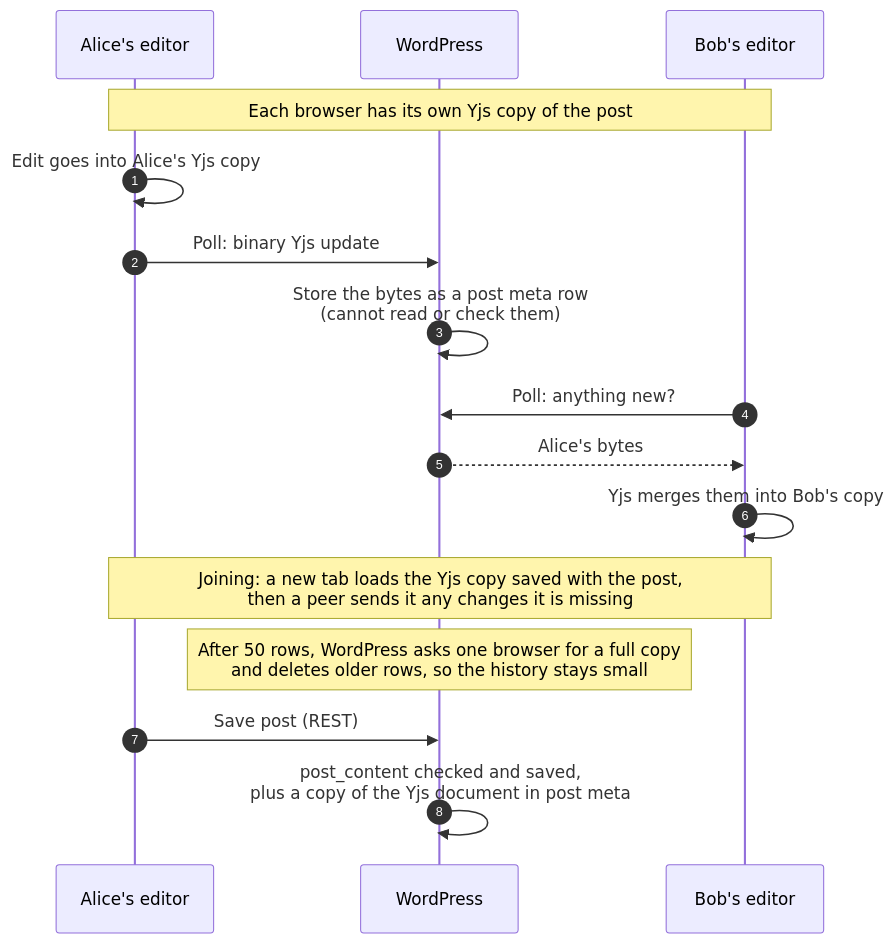
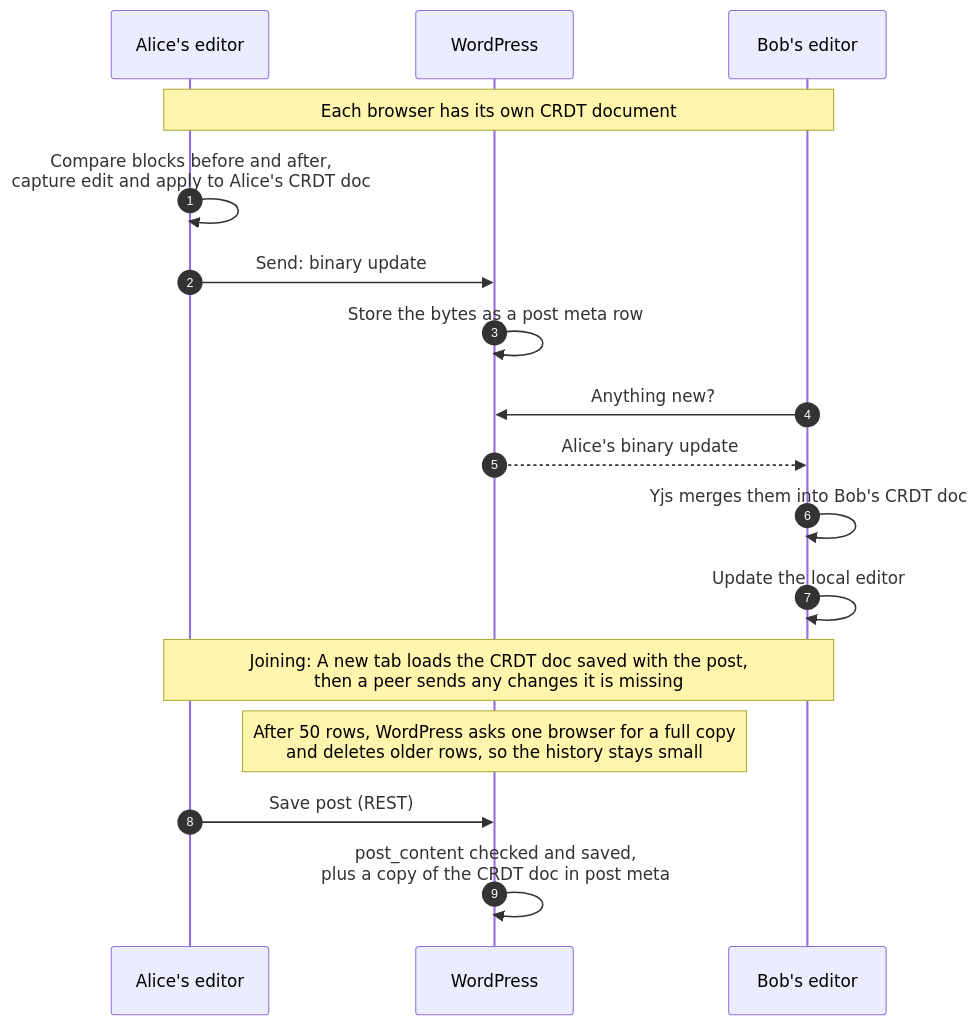
Before and after one commit to WordPress/gutenberg-sync-engines: the first of 4 diagrams in docs/data-flow.md, drawn with Mermaid. The commit also changed other lines of this file, not shown here.

````diff
--- a/docs/data-flow.md
+++ b/docs/data-flow.md
@@ -54,18 +38,19 @@
 ```mermaid
 sequenceDiagram
     autonumber
     participant A as Alice's editor
     participant WP as WordPress
     participant B as Bob's editor
-    Note over A,B: Each browser has its own Yjs copy of the post
-    A->>A: Edit goes into Alice's Yjs copy
-    A->>WP: Poll: binary Yjs update
-    WP->>WP: Store the bytes as a post meta row<br/>(cannot read or check them)
-    B->>WP: Poll: anything new?
-    WP-->>B: Alice's bytes
-    B->>B: Yjs merges them into Bob's copy
-    Note over A,B: Joining: a new tab loads the Yjs copy saved with the post,<br/>then a peer sends it any changes it is missing
+    Note over A,B: Each browser has its own CRDT document
+    A->>A: Compare blocks before and after,<br>capture edit and apply to Alice's CRDT doc
+    A->>WP: Send: binary update
+    WP->>WP: Store the bytes as a post meta row
+    B->>WP: Anything new?
+    WP-->>B: Alice's binary update
+    B->>B: Yjs merges them into Bob's CRDT doc
+    B->>B: Update the local editor
+    Note over A,B: Joining: A new tab loads the CRDT doc saved with the post,<br/>then a peer sends any changes it is missing
     Note over WP: After 50 rows, WordPress asks one browser for a full copy<br/>and deletes older rows, so the history stays small
     A->>WP: Save post (REST)
-    WP->>WP: post_content checked and saved,<br/>plus a copy of the Yjs document in post meta
+    WP->>WP: post_content checked and saved,<br/>plus a copy of the CRDT doc in post meta
 ```
````
